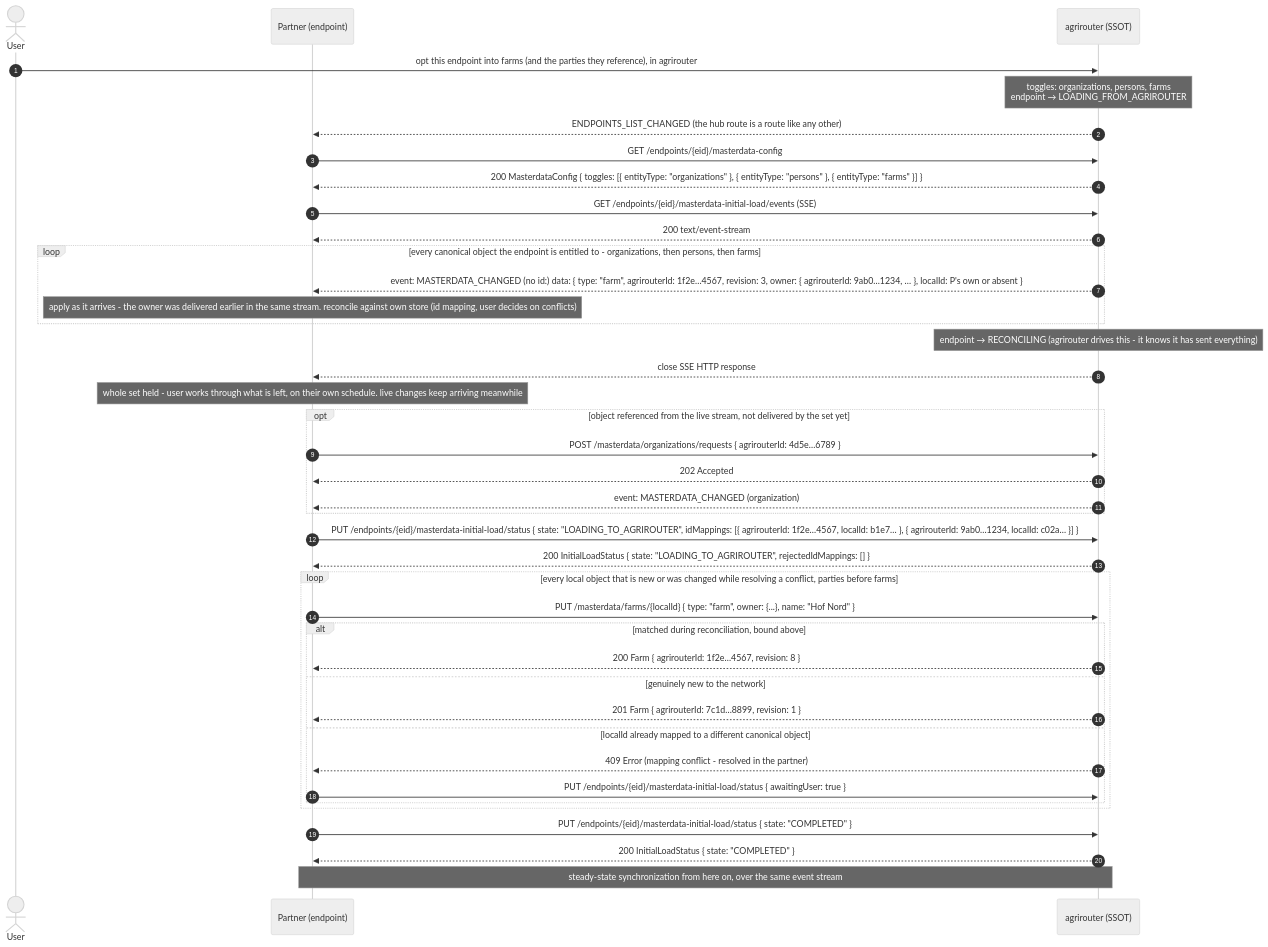
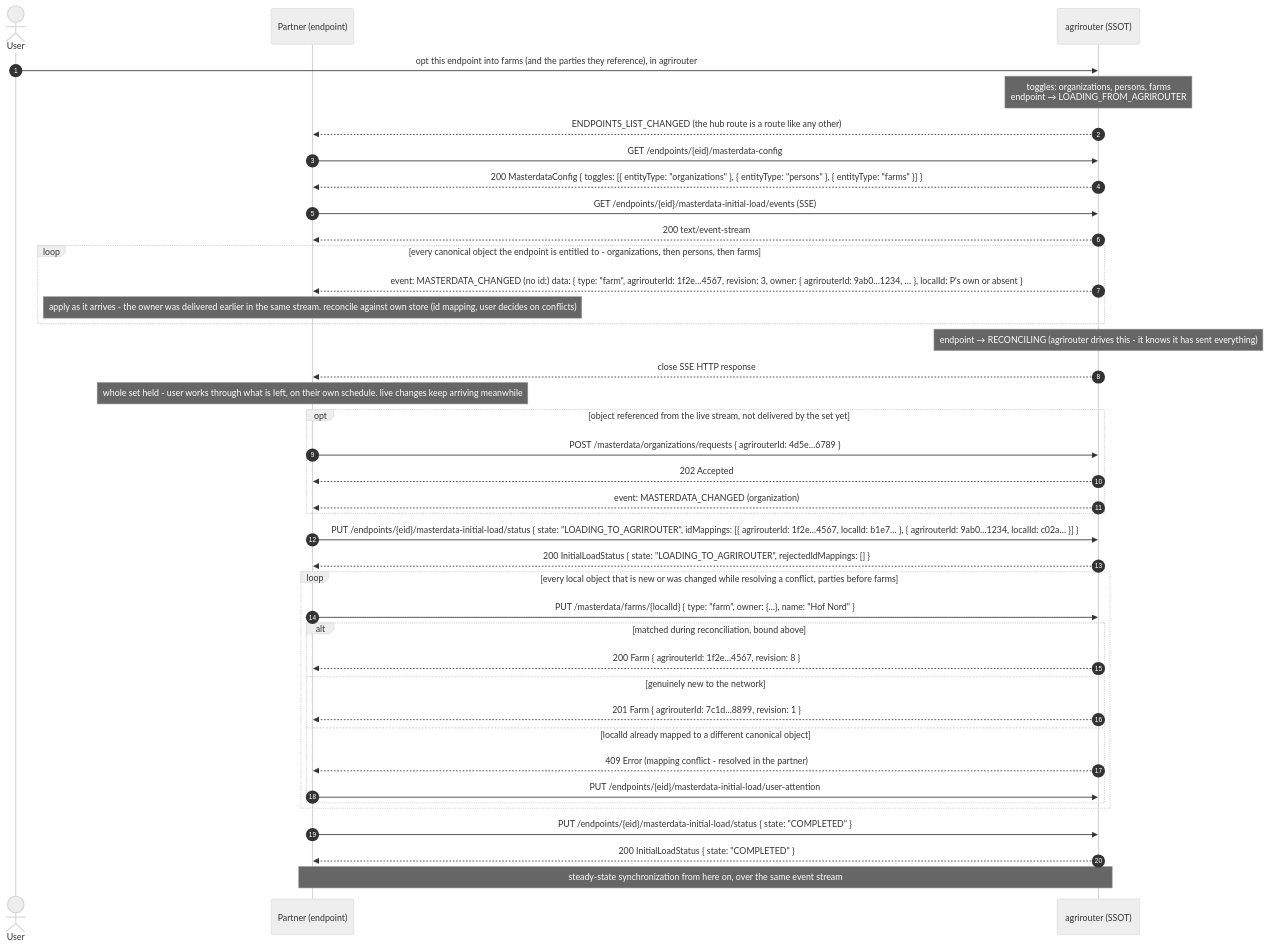
Before and after one commit to DKE-Data/masterdata-sync-working-group: the second of 3 diagrams in architecture/06-initial-load.md, drawn with Mermaid (neutral theme). The commit also changed other lines of this file and 6 other files, not shown here.

Commit message:
Adopt user-attention in agmasync client

````diff
--- a/architecture/06-initial-load.md
+++ b/architecture/06-initial-load.md
@@ -97,48 +97,48 @@
 ```mermaid
 %% ceasg:{"id":"8xpvwi5e"} %%
 sequenceDiagram
     autonumber
     actor U as User
     participant P as Partner (endpoint)
     participant AR as agrirouter (SSOT)
 
     U->>AR: opt this endpoint into farms (and the parties they reference), in agrirouter
     Note over AR: toggles: organizations, persons, farms<br/>endpoint → LOADING_FROM_AGRIROUTER
     AR-->>P: ENDPOINTS_LIST_CHANGED (the hub route is a route like any other)
     P->>AR: GET /endpoints/{eid}/masterdata-config
     AR-->>P: 200 MasterdataConfig { toggles: [{ entityType: "organizations" }, { entityType: "persons" }, { entityType: "farms" }] }
 
     P->>AR: GET /endpoints/{eid}/masterdata-initial-load/events (SSE)
     AR-->>P: 200 text/event-stream
     loop every canonical object the endpoint is entitled to - organizations, then persons, then farms
         AR-->>P: event: MASTERDATA_CHANGED (no id:) data: { type: "farm", agrirouterId: 1f2e…4567, revision: 3, owner: { agrirouterId: 9ab0…1234, … }, localId: P's own or absent }
         Note over P: apply as it arrives - the owner was delivered earlier in the same stream. reconcile against own store (id mapping, user decides on conflicts)
     end
     Note over AR: endpoint → RECONCILING (agrirouter drives this - it knows it has sent everything)
     AR-->>P: close SSE HTTP response
     Note over P: whole set held - user works through what is left, on their own schedule. live changes keep arriving meanwhile
     opt object referenced from the live stream, not delivered by the set yet
         P->>AR: POST /masterdata/organizations/requests { agrirouterId: 4d5e…6789 }
         AR-->>P: 202 Accepted
         AR-->>P: event: MASTERDATA_CHANGED (organization)
     end
 
     P->>AR: PUT /endpoints/{eid}/masterdata-initial-load/status { state: "LOADING_TO_AGRIROUTER", idMappings: [{ agrirouterId: 1f2e…4567, localId: b1e7… }, { agrirouterId: 9ab0…1234, localId: c02a… }] }
     AR-->>P: 200 InitialLoadStatus { state: "LOADING_TO_AGRIROUTER", rejectedIdMappings: [] }
 
     loop every local object that is new or was changed while resolving a conflict, parties before farms
         P->>AR: PUT /masterdata/farms/{localId} { type: "farm", owner: {...}, name: "Hof Nord" }
         alt matched during reconciliation, bound above
             AR-->>P: 200 Farm { agrirouterId: 1f2e…4567, revision: 8 }
         else genuinely new to the network
             AR-->>P: 201 Farm { agrirouterId: 7c1d…8899, revision: 1 }
         else localId already mapped to a different canonical object
             AR-->>P: 409 Error (mapping conflict - resolved in the partner)
-            P->>AR: PUT /endpoints/{eid}/masterdata-initial-load/status { awaitingUser: true }
+            P->>AR: PUT /endpoints/{eid}/masterdata-initial-load/user-attention
         end
     end
 
     P->>AR: PUT /endpoints/{eid}/masterdata-initial-load/status { state: "COMPLETED" }
     AR-->>P: 200 InitialLoadStatus { state: "COMPLETED" }
     Note over P,AR: steady-state synchronization from here on, over the same event stream
 ```
````
